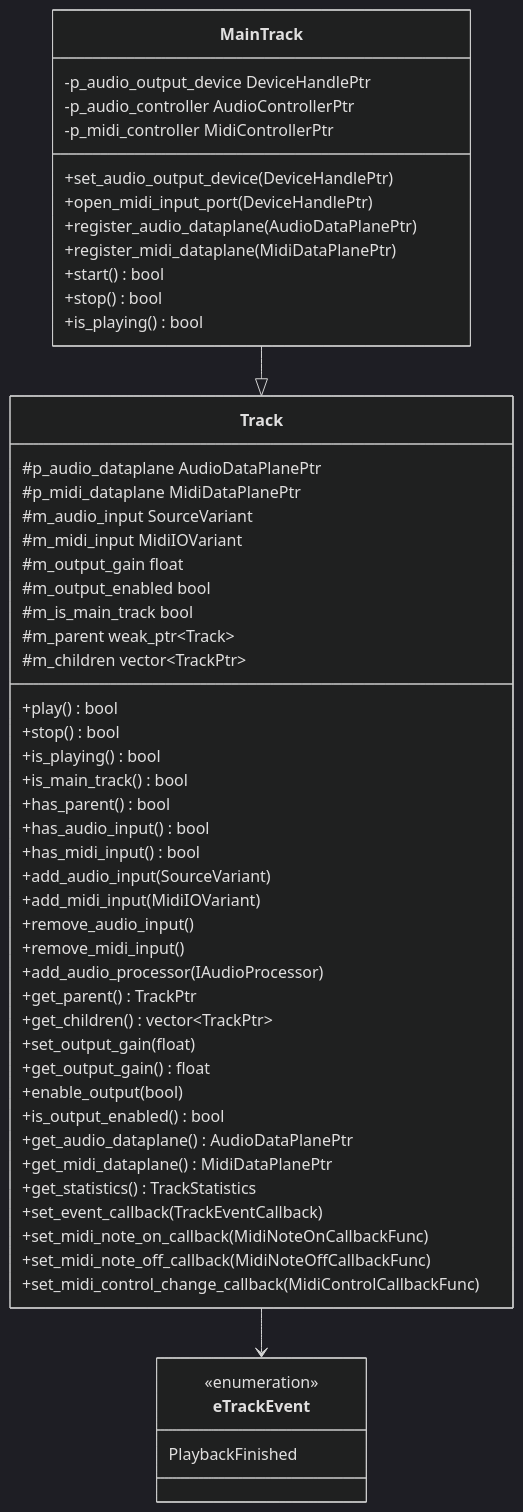
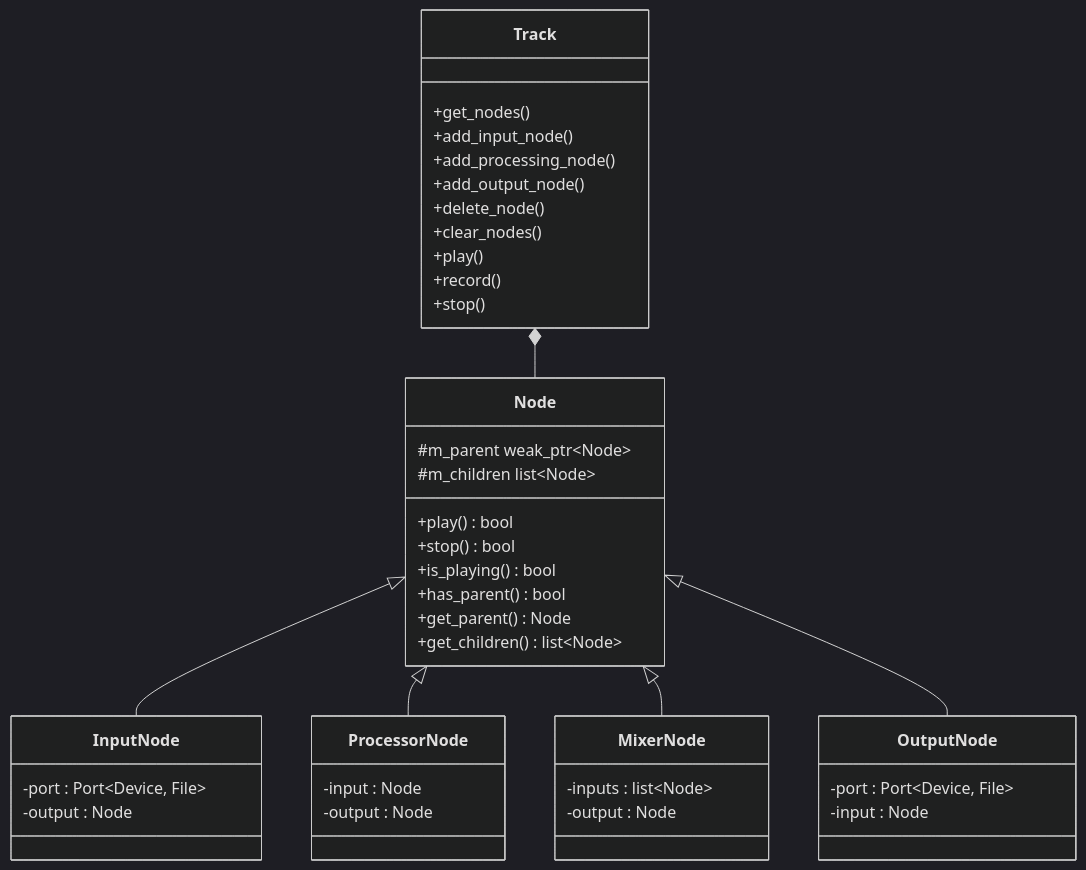
One commit to aidan-clyens/miniaudioengine changed diagram 12 of 21 in docs/DESIGN_DOC.md. Above: the diagram before and after it, drawn with Mermaid (dark theme). The commit also changed other lines of this file, not shown here.

````diff
--- a/docs/DESIGN_DOC.md
+++ b/docs/DESIGN_DOC.md
@@ -405,61 +417,54 @@
 ```mermaid
 classDiagram
 
     class Track {
+        +get_nodes()
+        +add_input_node()
+        +add_processing_node()
+        +add_output_node()
+        +delete_node()
+        +clear_nodes()
+
+        +play()
+        +record()
+        +stop()
+    }
+
+    class Node {
         +play() bool
         +stop() bool
         +is_playing() bool
-        +is_main_track() bool
         +has_parent() bool
-        +has_audio_input() bool
-        +has_midi_input() bool
-        +add_audio_input(SourceVariant)
-        +add_midi_input(MidiIOVariant)
-        +remove_audio_input()
-        +remove_midi_input()
-        +add_audio_processor(IAudioProcessor)
-        +get_parent() TrackPtr
-        +get_children() vector~TrackPtr~
-        +set_output_gain(float)
-        +get_output_gain() float
-        +enable_output(bool)
-        +is_output_enabled() bool
-        +get_audio_dataplane() AudioDataPlanePtr
-        +get_midi_dataplane() MidiDataPlanePtr
-        +get_statistics() TrackStatistics
-        +set_event_callback(TrackEventCallback)
-        +set_midi_note_on_callback(MidiNoteOnCallbackFunc)
-        +set_midi_note_off_callback(MidiNoteOffCallbackFunc)
-        +set_midi_control_change_callback(MidiControlCallbackFunc)
-        #p_audio_dataplane AudioDataPlanePtr
-        #p_midi_dataplane MidiDataPlanePtr
-        #m_audio_input SourceVariant
-        #m_midi_input MidiIOVariant
-        #m_output_gain float
-        #m_output_enabled bool
-        #m_is_main_track bool
-        #m_parent weak_ptr~Track~
-        #m_children vector~TrackPtr~
+        +get_parent() Node
+        +get_children() list~Node~
+        #m_parent weak_ptr~Node~
+        #m_children list~Node~
     }
 
-    class MainTrack {
-        +set_audio_output_device(DeviceHandlePtr)
-        +open_midi_input_port(DeviceHandlePtr)
-        +register_audio_dataplane(AudioDataPlanePtr)
-        +register_midi_dataplane(MidiDataPlanePtr)
-        +start() bool
-        +stop() bool
-        +is_playing() bool
-        -p_audio_output_device DeviceHandlePtr
-        -p_audio_controller AudioControllerPtr
-        -p_midi_controller MidiControllerPtr
+    class InputNode {
+        -port : Port~Device, File~
+        -output : Node
     }
 
-    class eTrackEvent {
-        <<enumeration>>
-        PlaybackFinished
+    class OutputNode {
+        -port : Port~Device, File~
+        -input : Node
     }
 
-    MainTrack --|> Track
-    Track --> eTrackEvent
+    class ProcessorNode {
+        -input : Node
+        -output : Node
+    }
+
+    class MixerNode {
+        -inputs : list~Node~
+        -output : Node
+    }
+
+    Track *-- Node
+
+    Node <|-- InputNode
+    Node <|-- ProcessorNode
+    Node <|-- MixerNode
+    Node <|-- OutputNode
 ```
````
